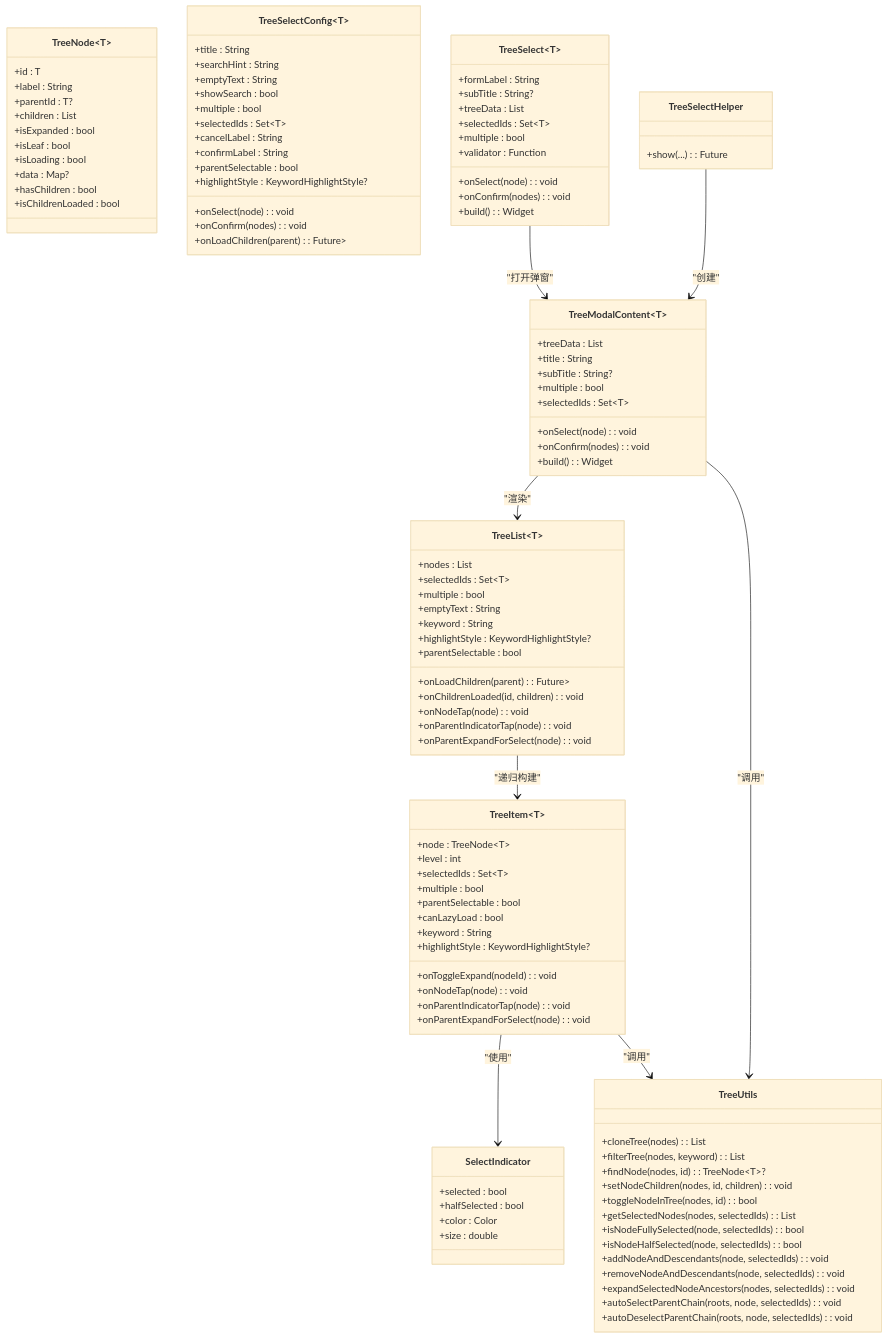
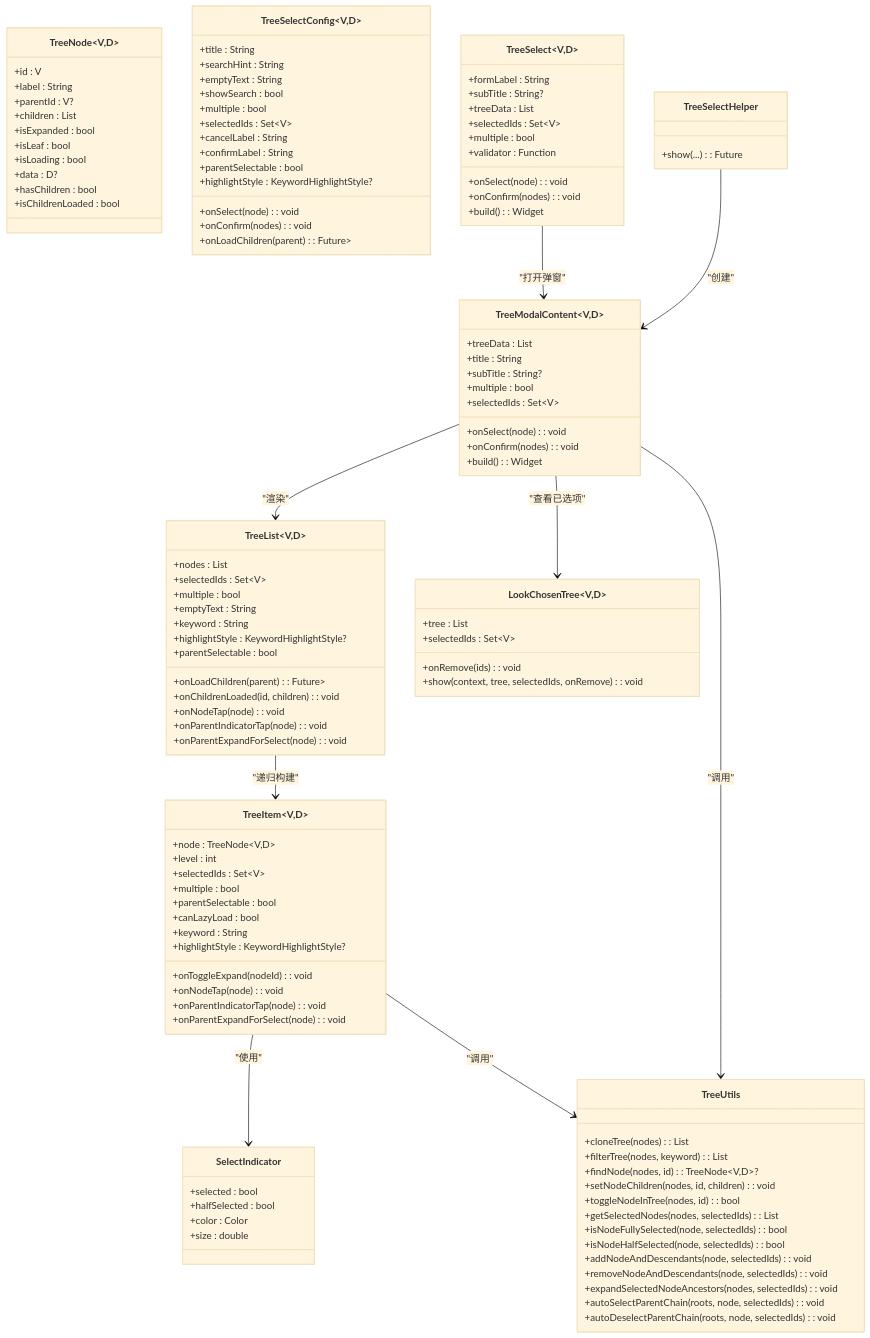
Before and after one commit to yuzhido/lite-ui: the second of 5 diagrams in .qoder/repowiki/zh/content/高级组件/树形选择器.md, drawn with Mermaid (base theme). The commit also changed other lines of this file and 34 other files, not shown here.

````diff
--- a/.qoder/repowiki/zh/content/高级组件/树形选择器.md
+++ b/.qoder/repowiki/zh/content/高级组件/树形选择器.md
@@ -114,59 +123,59 @@
 ```mermaid
 classDiagram
-class TreeNode~T~ {
-+id : T
+class TreeNode~V,D~ {
++id : V
 +label : String
-+parentId : T?
-+children : List<TreeNode~T~>
++parentId : V?
++children : List<TreeNode~V,D~>
 +isExpanded : bool
 +isLeaf : bool
 +isLoading : bool
-+data : Map<String,dynamic>?
++data : D?
 +hasChildren : bool
 +isChildrenLoaded : bool
 }
-class TreeSelectConfig~T~ {
+class TreeSelectConfig~V,D~ {
 +title : String
 +searchHint : String
 +emptyText : String
 +showSearch : bool
 +multiple : bool
-+selectedIds : Set~T~
++selectedIds : Set~V~
 +onSelect(node) : void
 +onConfirm(nodes) : void
-+onLoadChildren(parent) : Future<List<TreeNode~T~>>
++onLoadChildren(parent) : Future<List<TreeNode~V,D~>>
 +cancelLabel : String
 +confirmLabel : String
 +parentSelectable : bool
 +highlightStyle : KeywordHighlightStyle?
 }
-class TreeSelect~T~ {
+class TreeSelect~V,D~ {
 +formLabel : String
 +subTitle : String?
-+treeData : List<TreeNode~T~>
-+selectedIds : Set~T~
++treeData : List<TreeNode~V,D~>
++selectedIds : Set~V~
 +multiple : bool
 +validator : Function
 +onSelect(node) : void
 +onConfirm(nodes) : void
 +build() : Widget
 }
-class TreeModalContent~T~ {
-+treeData : List<TreeNode~T~>
+class TreeModalContent~V,D~ {
++treeData : List<TreeNode~V,D~>
 +title : String
 +subTitle : String?
 +multiple : bool
-+selectedIds : Set~T~
++selectedIds : Set~V~
 +onSelect(node) : void
 +onConfirm(nodes) : void
 +build() : Widget
 }
-class TreeList~T~ {
-+nodes : List<TreeNode~T~>
-+selectedIds : Set~T~
+class TreeList~V,D~ {
++nodes : List<TreeNode~V,D~>
++selectedIds : Set~V~
 +multiple : bool
 +emptyText : String
-+onLoadChildren(parent) : Future<List<TreeNode~T~>>
++onLoadChildren(parent) : Future<List<TreeNode~V,D~>>
 +onChildrenLoaded(id, children) : void
 +onNodeTap(node) : void
 +keyword : String
@@ -175,10 +184,10 @@
 +onParentIndicatorTap(node) : void
 +onParentExpandForSelect(node) : void
 }
-class TreeItem~T~ {
-+node : TreeNode~T~
+class TreeItem~V,D~ {
++node : TreeNode~V,D~
 +level : int
-+selectedIds : Set~T~
++selectedIds : Set~V~
 +multiple : bool
 +parentSelectable : bool
 +canLazyLoad : bool
@@ -195,16 +204,22 @@
 +color : Color
 +size : double
 }
+class LookChosenTree~V,D~ {
++tree : List<TreeNode~V,D~>
++selectedIds : Set~V~
++onRemove(ids) : void
++show(context, tree, selectedIds, onRemove) : void
+}
 class TreeSelectHelper {
-+show<T>(...) : Future<TreeNode~T~?>
++show<V,D>(...) : Future<TreeNode~V,D~?>
 }
 class TreeUtils {
-+cloneTree(nodes) : List<TreeNode~T~>
-+filterTree(nodes, keyword) : List<TreeNode~T~>
-+findNode(nodes, id) : TreeNode~T~?
++cloneTree(nodes) : List<TreeNode~V,D~>
++filterTree(nodes, keyword) : List<TreeNode~V,D~>
++findNode(nodes, id) : TreeNode~V,D~?
 +setNodeChildren(nodes, id, children) : void
 +toggleNodeInTree(nodes, id) : bool
-+getSelectedNodes(nodes, selectedIds) : List<TreeNode~T~>
++getSelectedNodes(nodes, selectedIds) : List<TreeNode~V,D~>
 +isNodeFullySelected(node, selectedIds) : bool
 +isNodeHalfSelected(node, selectedIds) : bool
 +addNodeAndDescendants(node, selectedIds) : void
@@ -213,11 +228,12 @@
 +autoSelectParentChain(roots, node, selectedIds) : void
 +autoDeselectParentChain(roots, node, selectedIds) : void
 }
-TreeSelect~T~ --> TreeModalContent~T~ : "打开弹窗"
-TreeModalContent~T~ --> TreeList~T~ : "渲染"
-TreeList~T~ --> TreeItem~T~ : "递归构建"
-TreeItem~T~ --> SelectIndicator : "使用"
-TreeItem~T~ --> TreeUtils : "调用"
-TreeModalContent~T~ --> TreeUtils : "调用"
-TreeSelectHelper --> TreeModalContent~T~ : "创建"
+TreeSelect~V,D~ --> TreeModalContent~V,D~ : "打开弹窗"
+TreeModalContent~V,D~ --> TreeList~V,D~ : "渲染"
+TreeList~V,D~ --> TreeItem~V,D~ : "递归构建"
+TreeItem~V,D~ --> SelectIndicator : "使用"
+TreeItem~V,D~ --> TreeUtils : "调用"
+TreeModalContent~V,D~ --> TreeUtils : "调用"
+TreeModalContent~V,D~ --> LookChosenTree~V,D~ : "查看已选项"
+TreeSelectHelper --> TreeModalContent~V,D~ : "创建"
 ```
````
